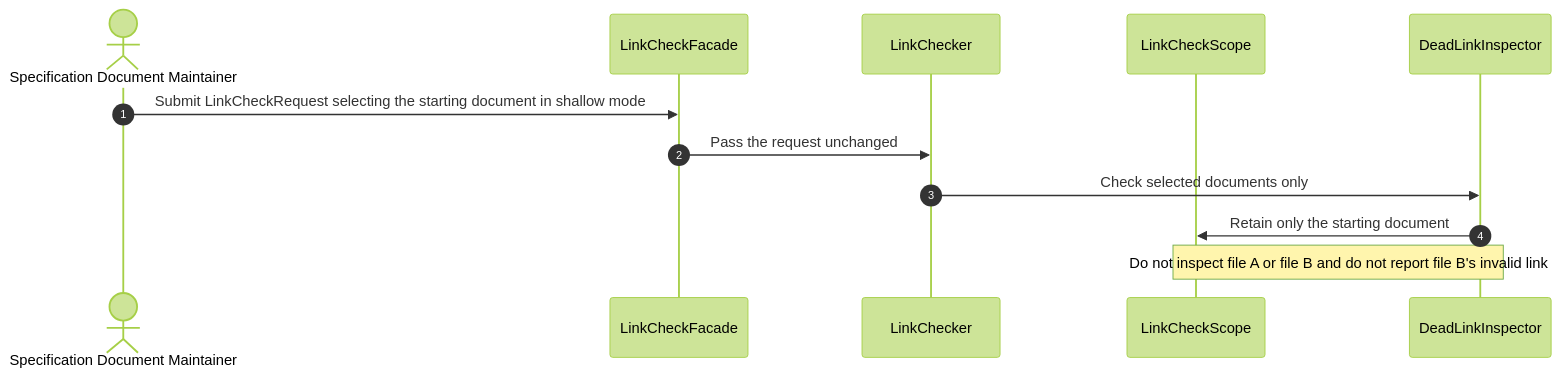
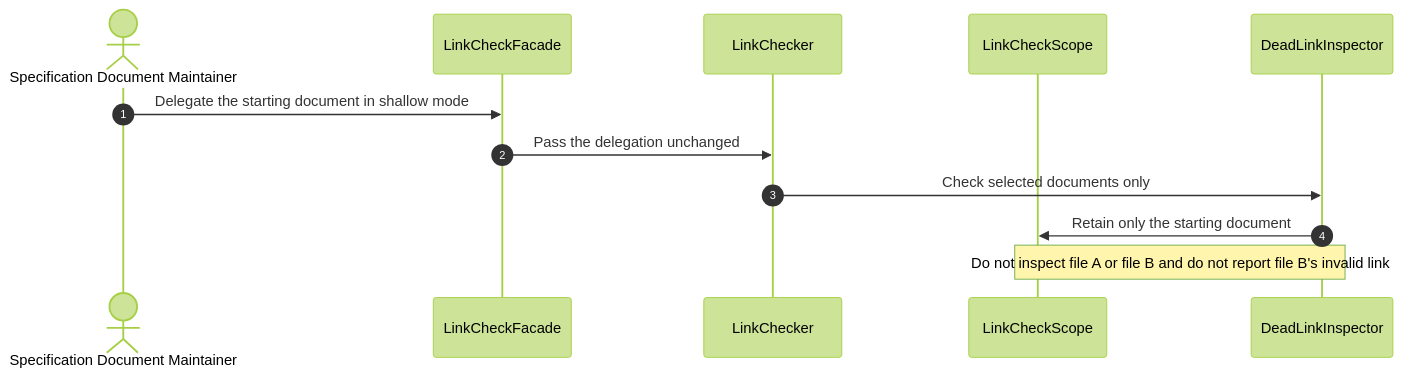
One commit to huang-xiao-jian/bluey changed diagram 28 of 42 in specs/md-linkage/design.md. Above: the diagram before and after it, drawn with Mermaid (forest theme). The commit also changed other lines of this file and 7 other files, not shown here.

````diff
--- a/specs/md-linkage/design.md
+++ b/specs/md-linkage/design.md
@@ -1017,15 +900,15 @@
 ```mermaid
 sequenceDiagram
     autonumber
     actor Maintainer as Specification Document Maintainer
     participant Submission as LinkCheckFacade
     participant Check as LinkChecker
     participant Scope as LinkCheckScope
     participant Detection as DeadLinkInspector
 
-    Maintainer->>Submission: Submit LinkCheckRequest selecting the starting document in shallow mode
-    Submission->>Check: Pass the request unchanged
+    Maintainer->>Submission: Delegate the starting document in shallow mode
+    Submission->>Check: Pass the delegation unchanged
     Check->>Detection: Check selected documents only
     Detection->>Scope: Retain only the starting document
     Note over Detection,Scope: Do not inspect file A or file B and do not report file B's invalid link
 ```
````
